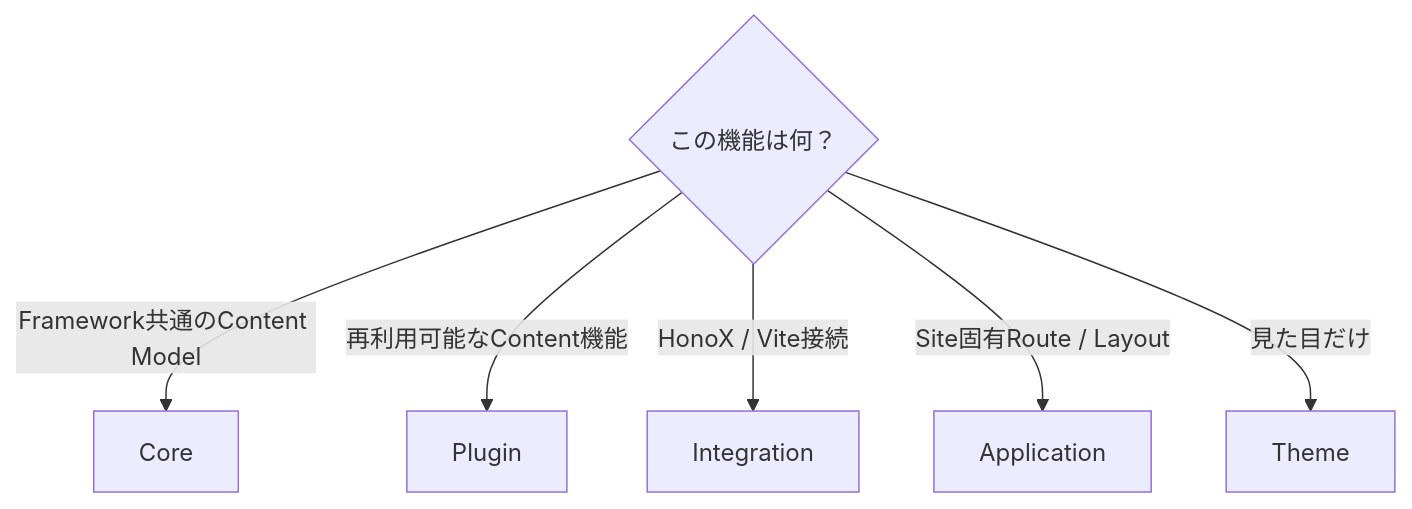
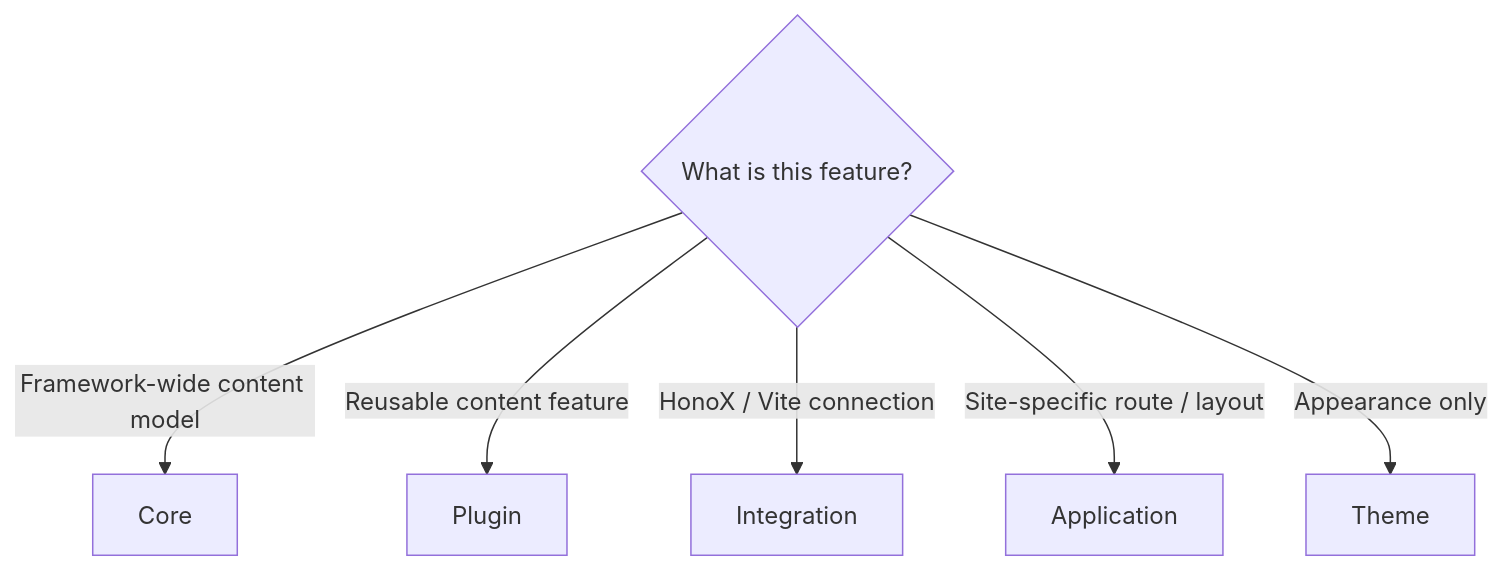
One commit to Rerurate514/riebeckite changed diagram 12 of 13 in docs/docs/reference/plugin-api.md. Above: the diagram before and after it, drawn with Mermaid. The commit also changed other lines of this file and 604 other files, not shown here.

````diff
--- a/docs/docs/reference/plugin-api.md
+++ b/docs/docs/reference/plugin-api.md
@@ -1051,10 +835,10 @@
 ```mermaid
 flowchart TD
-    Feature{"この機能は何？"}
+    Feature{"What is this feature?"}
 
-    Feature -->|"Framework共通のContent Model"| Core["Core"]
-    Feature -->|"再利用可能なContent機能"| Plugin["Plugin"]
-    Feature -->|"HonoX / Vite接続"| Integration["Integration"]
-    Feature -->|"Site固有Route / Layout"| App["Application"]
-    Feature -->|"見た目だけ"| Theme["Theme"]
+    Feature -->|"Framework-wide content model"| Core["Core"]
+    Feature -->|"Reusable content feature"| Plugin["Plugin"]
+    Feature -->|"HonoX / Vite connection"| Integration["Integration"]
+    Feature -->|"Site-specific route / layout"| App["Application"]
+    Feature -->|"Appearance only"| Theme["Theme"]
 ```
````
